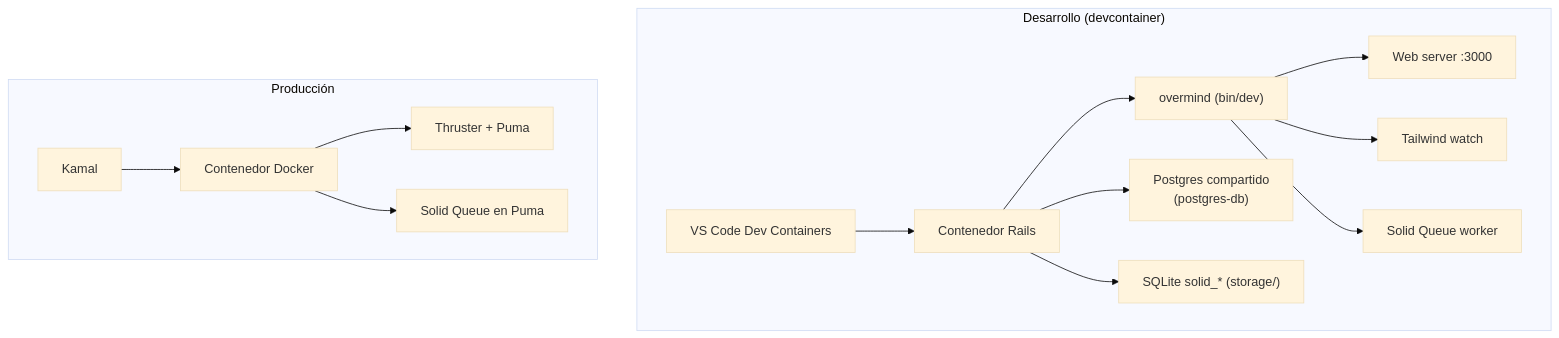
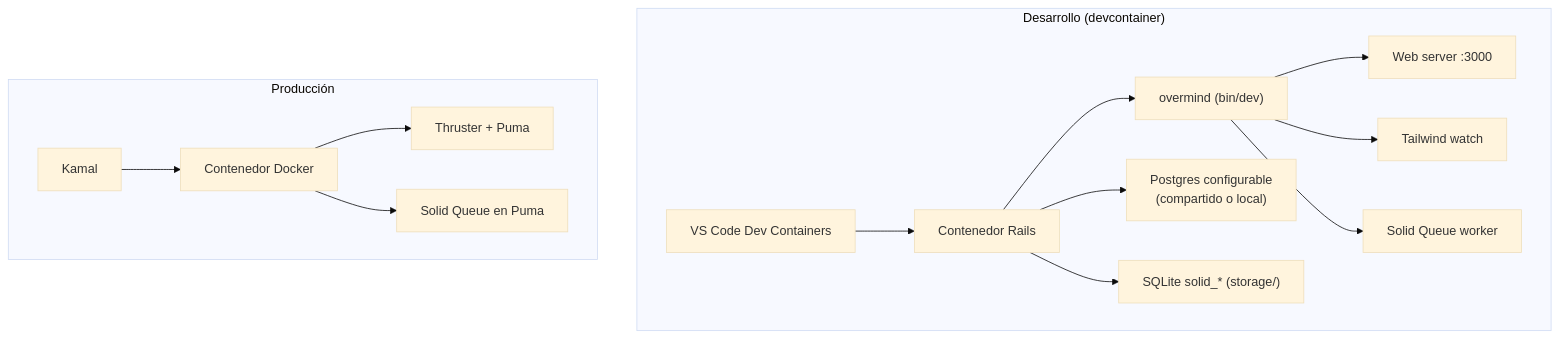
One commit to senmais/xannhael changed the second of 3 diagrams in docs/base/01-vision-general.md. Above: the diagram before and after it, drawn with Mermaid (base theme). The commit also changed 11 other files, not shown here.

````diff
--- a/docs/base/01-vision-general.md
+++ b/docs/base/01-vision-general.md
@@ -44,18 +44,18 @@
 ```mermaid
 graph TB
     subgraph Dev["Desarrollo (devcontainer)"]
         Dev1["VS Code Dev Containers"] --> Dev2["Contenedor Rails"]
         Dev2 --> Dev3["overmind (bin/dev)"]
         Dev3 --> Dev4["Web server :3000"]
         Dev3 --> Dev5["Tailwind watch"]
         Dev3 --> Dev6["Solid Queue worker"]
-        Dev2 --> Dev7["Postgres compartido<br/>(postgres-db)"]
+        Dev2 --> Dev7["Postgres configurable<br/>(compartido o local)"]
         Dev2 --> Dev8["SQLite solid_* (storage/)"]
     end
 
     subgraph Prod["Producción"]
         P1["Kamal"] --> P2["Contenedor Docker"]
         P2 --> P3["Thruster + Puma"]
         P2 --> P4["Solid Queue en Puma"]
     end
 ```
````
